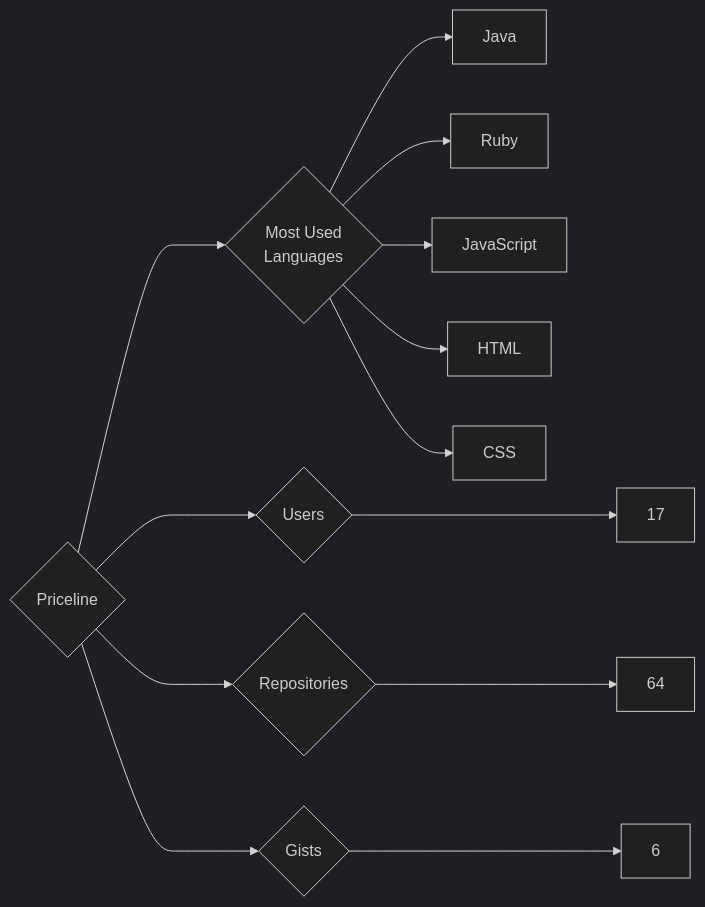
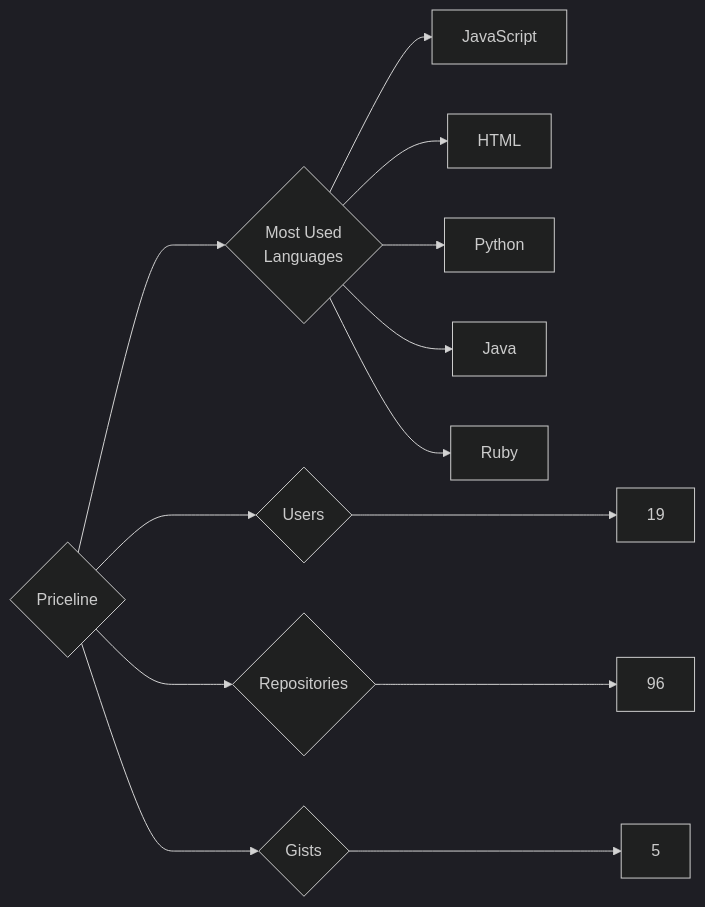
Before and after one commit to trickest/insiders: the diagram in targets/Priceline/README.md, drawn with Mermaid (dark theme). The commit also changed 912 other files, not shown here.

````diff
--- a/targets/Priceline/README.md
+++ b/targets/Priceline/README.md
@@ -3,13 +3,13 @@
 ```mermaid
 graph LR
 COMPANY_NAME{Priceline}
-COMPANY_NAME ---> U{Users} ---> UN[17]
-COMPANY_NAME ---> R{Repositories} ---> RN[64]
-COMPANY_NAME ---> G{Gists} ---> GN[6]
+COMPANY_NAME ---> U{Users} ---> UN[19]
+COMPANY_NAME ---> R{Repositories} ---> RN[96]
+COMPANY_NAME ---> G{Gists} ---> GN[5]
 COMPANY_NAME ---> ML{Most Used<br>Languages}
+ML --> JavaScript[JavaScript]
+ML --> HTML[HTML]
+ML --> Python[Python]
 ML --> Java[Java]
 ML --> Ruby[Ruby]
-ML --> JavaScript[JavaScript]
-ML --> HTML[HTML]
-ML --> CSS[CSS]
 ```
````
